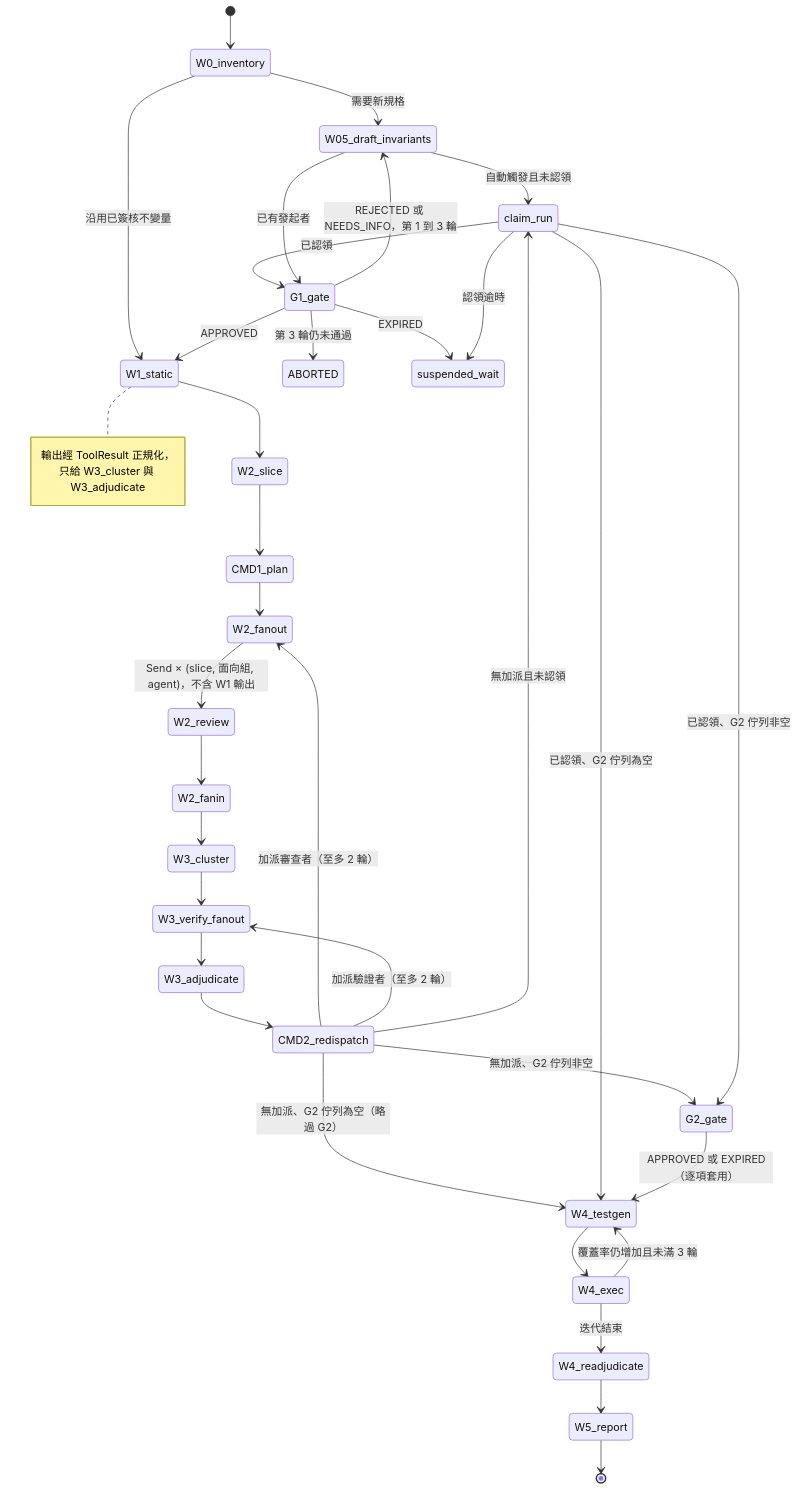
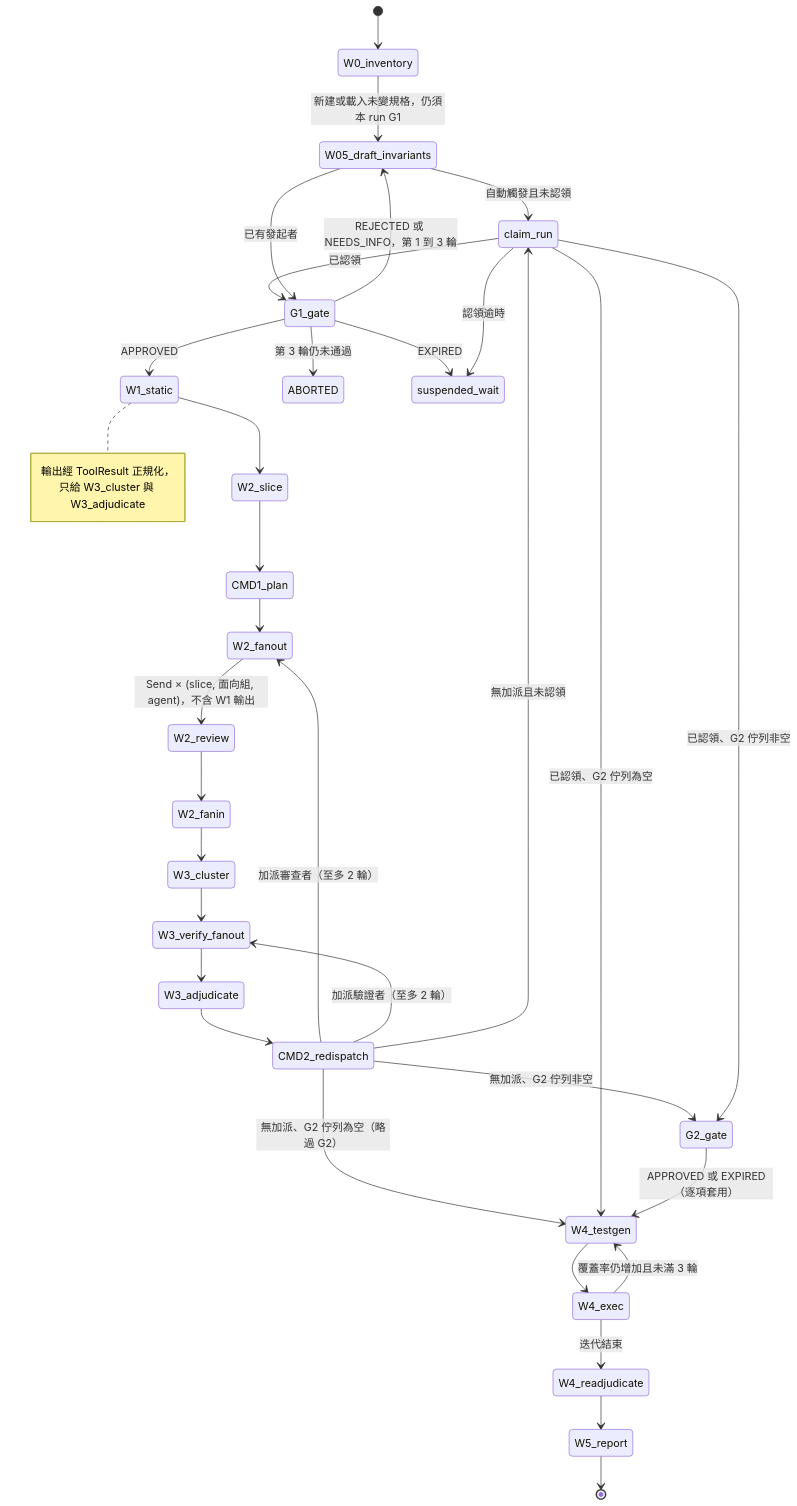
The fourth of 11 diagrams in docs/03-system-architecture.md (chinchiang/VibeCheckHarness), drawn with Mermaid before and after one commit. The commit also changed other lines of this file and 19 other files, not shown here.

````diff
--- a/docs/03-system-architecture.md
+++ b/docs/03-system-architecture.md
@@ -559,37 +567,36 @@
 ```mermaid
 stateDiagram-v2
   [*] --> W0_inventory
-  W0_inventory --> W05_draft_invariants: 需要新規格
-  W0_inventory --> W1_static: 沿用已簽核不變量
+  W0_inventory --> W05_draft_invariants: 新建或載入未變規格，仍須本 run G1
   W05_draft_invariants --> claim_run: 自動觸發且未認領
   claim_run --> G1_gate: 已認領
   W05_draft_invariants --> G1_gate: 已有發起者
   G1_gate --> W1_static: APPROVED
   G1_gate --> W05_draft_invariants: REJECTED 或 NEEDS_INFO，第 1 到 3 輪
   G1_gate --> ABORTED: 第 3 輪仍未通過
   G1_gate --> suspended_wait: EXPIRED
   W1_static --> W2_slice
   note right of W1_static : 輸出經 ToolResult 正規化，只給 W3_cluster 與 W3_adjudicate
   W2_slice --> CMD1_plan
   CMD1_plan --> W2_fanout
   W2_fanout --> W2_review: Send × (slice, 面向組, agent)，不含 W1 輸出
   W2_review --> W2_fanin
   W2_fanin --> W3_cluster
   W3_cluster --> W3_verify_fanout
   W3_verify_fanout --> W3_adjudicate
   W3_adjudicate --> CMD2_redispatch
   CMD2_redispatch --> W2_fanout: 加派審查者（至多 2 輪）
   CMD2_redispatch --> W3_verify_fanout: 加派驗證者（至多 2 輪）
   CMD2_redispatch --> claim_run: 無加派且未認領
   CMD2_redispatch --> G2_gate: 無加派、G2 佇列非空
   CMD2_redispatch --> W4_testgen: 無加派、G2 佇列為空（略過 G2）
   claim_run --> G2_gate: 已認領、G2 佇列非空
   claim_run --> W4_testgen: 已認領、G2 佇列為空
   claim_run --> suspended_wait: 認領逾時
   G2_gate --> W4_testgen: APPROVED 或 EXPIRED（逐項套用）
   W4_testgen --> W4_exec
   W4_exec --> W4_testgen: 覆蓋率仍增加且未滿 3 輪
   W4_exec --> W4_readjudicate: 迭代結束
   W4_readjudicate --> W5_report
   W5_report --> [*]
 ```
````
